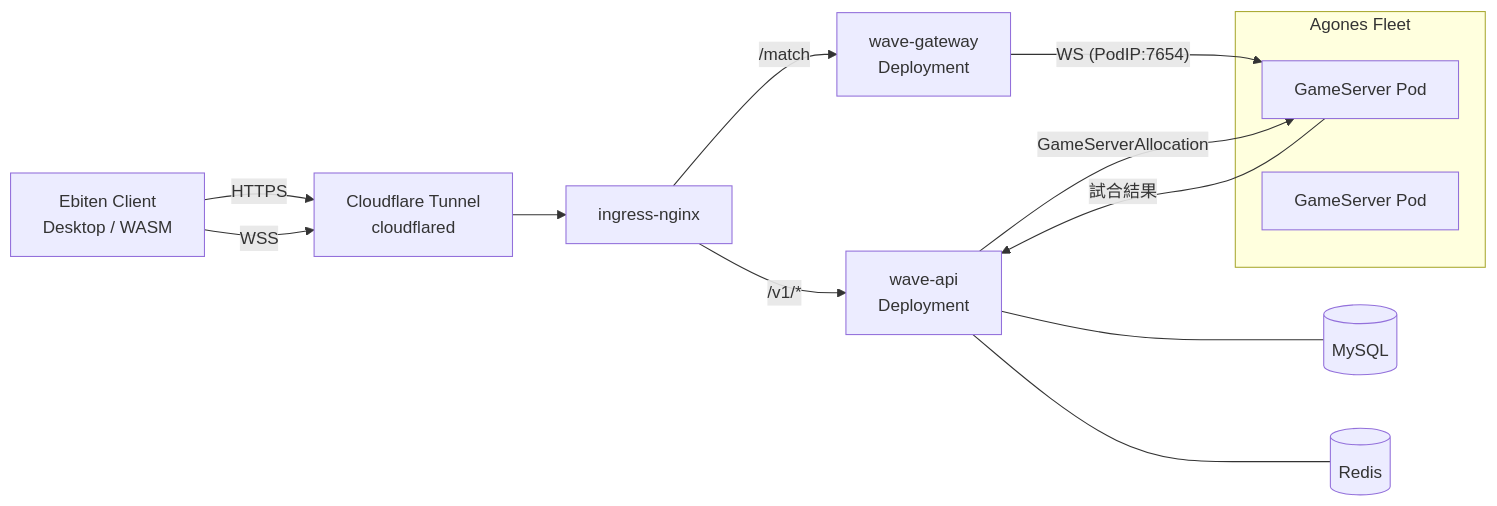
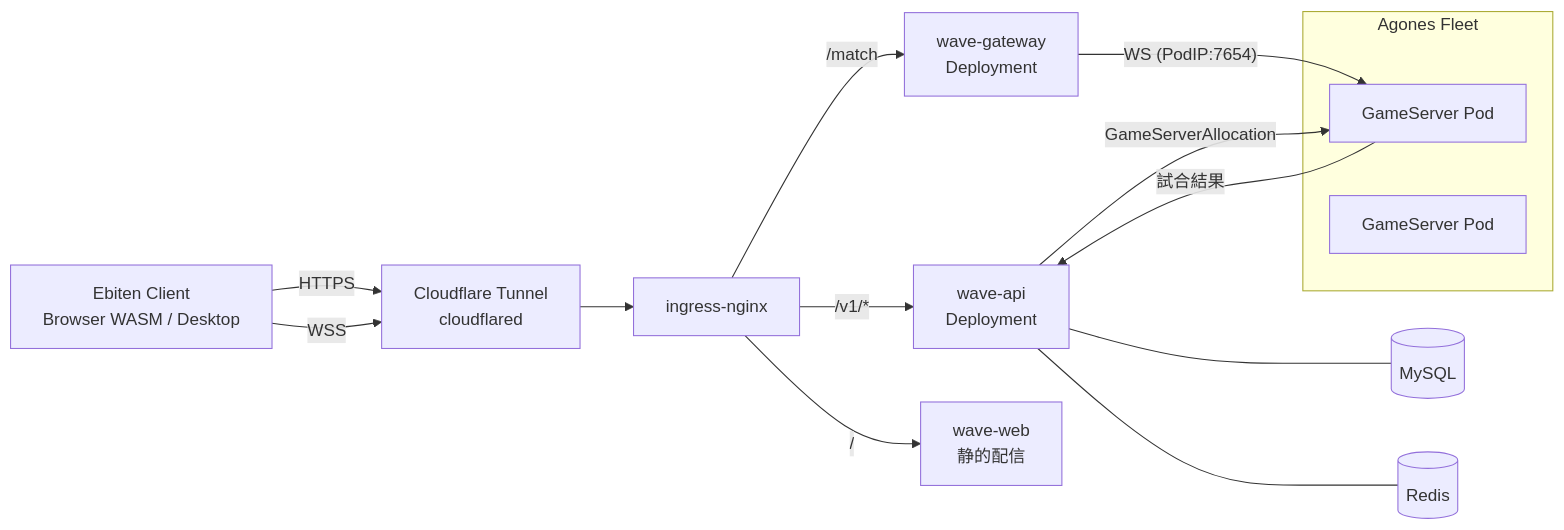
The first of 2 diagrams in docs/online-design.md (o-ga09/ebitengo), drawn with Mermaid before and after one commit. The commit also changed other lines of this file and 5 other files, not shown here.

````diff
--- a/docs/online-design.md
+++ b/docs/online-design.md
@@ -125,24 +126,25 @@
 ```mermaid
 flowchart LR
-  C[Ebiten Client<br/>Desktop / WASM]
+  C[Ebiten Client<br/>Browser WASM / Desktop]
   CF[Cloudflare Tunnel<br/>cloudflared]
   IN[ingress-nginx]
   API[wave-api<br/>Deployment]
   GW[wave-gateway<br/>Deployment]
   subgraph Agones Fleet
     GS1[GameServer Pod]
     GS2[GameServer Pod]
   end
   MY[(MySQL)]
   RD[(Redis)]
 
   C -- HTTPS --> CF --> IN
   C -- WSS --> CF
+  IN -- / --> WEB[wave-web<br/>静的配信]
   IN -- /v1/* --> API
   IN -- /match --> GW
   GW -- WS (PodIP:7654) --> GS1
   API -- GameServerAllocation --> GS1
   API --- MY
   API --- RD
   GS1 -- 試合結果 --> API
 ```
````
